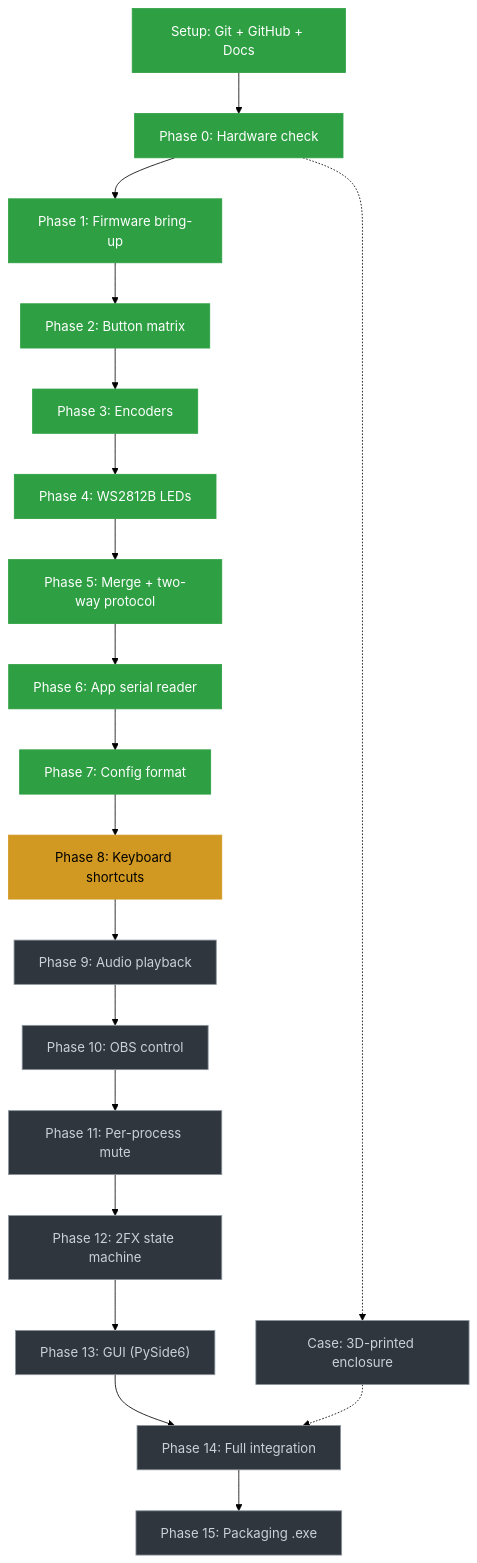
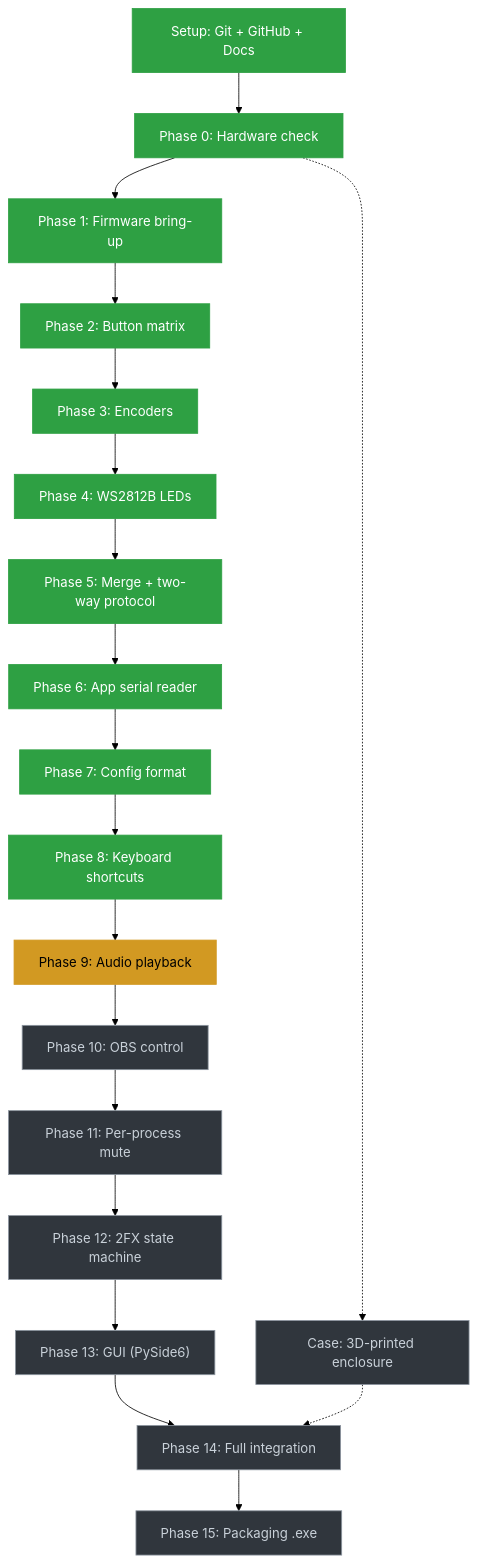
One commit to NeoCraftStudio/stream-deck-macro changed the diagram in README.md. Above: the diagram before and after it, drawn with Mermaid (forest theme). The commit also changed 4 other files, not shown here.

````diff
--- a/README.md
+++ b/README.md
@@ -19,25 +19,25 @@
 ```mermaid
 flowchart TD
     S["Setup: Git + GitHub + Docs"]:::done --> P0["Phase 0: Hardware check"]:::done
     P0 --> P1["Phase 1: Firmware bring-up"]:::done
     P1 --> P2["Phase 2: Button matrix"]:::done
     P2 --> P3["Phase 3: Encoders"]:::done
     P3 --> P4["Phase 4: WS2812B LEDs"]:::done
     P4 --> P5["Phase 5: Merge + two-way protocol"]:::done
     P5 --> P6["Phase 6: App serial reader"]:::done
     P6 --> P7["Phase 7: Config format"]:::done
-    P7 --> P8["Phase 8: Keyboard shortcuts"]:::current
-    P8 --> P9["Phase 9: Audio playback"]:::todo
+    P7 --> P8["Phase 8: Keyboard shortcuts"]:::done
+    P8 --> P9["Phase 9: Audio playback"]:::current
     P9 --> P10["Phase 10: OBS control"]:::todo
     P10 --> P11["Phase 11: Per-process mute"]:::todo
     P11 --> P12["Phase 12: 2FX state machine"]:::todo
     P12 --> P13["Phase 13: GUI (PySide6)"]:::todo
     P13 --> P14["Phase 14: Full integration"]:::todo
     P14 --> P15["Phase 15: Packaging .exe"]:::todo
     P0 -.-> C["Case: 3D-printed enclosure"]:::todo
     C -.-> P14
 
     classDef done fill:#2ea043,stroke:#2ea043,color:#fff
     classDef current fill:#d29922,stroke:#d29922,color:#000
     classDef todo fill:#30363d,stroke:#8b949e,color:#c9d1d9
 ```
````
